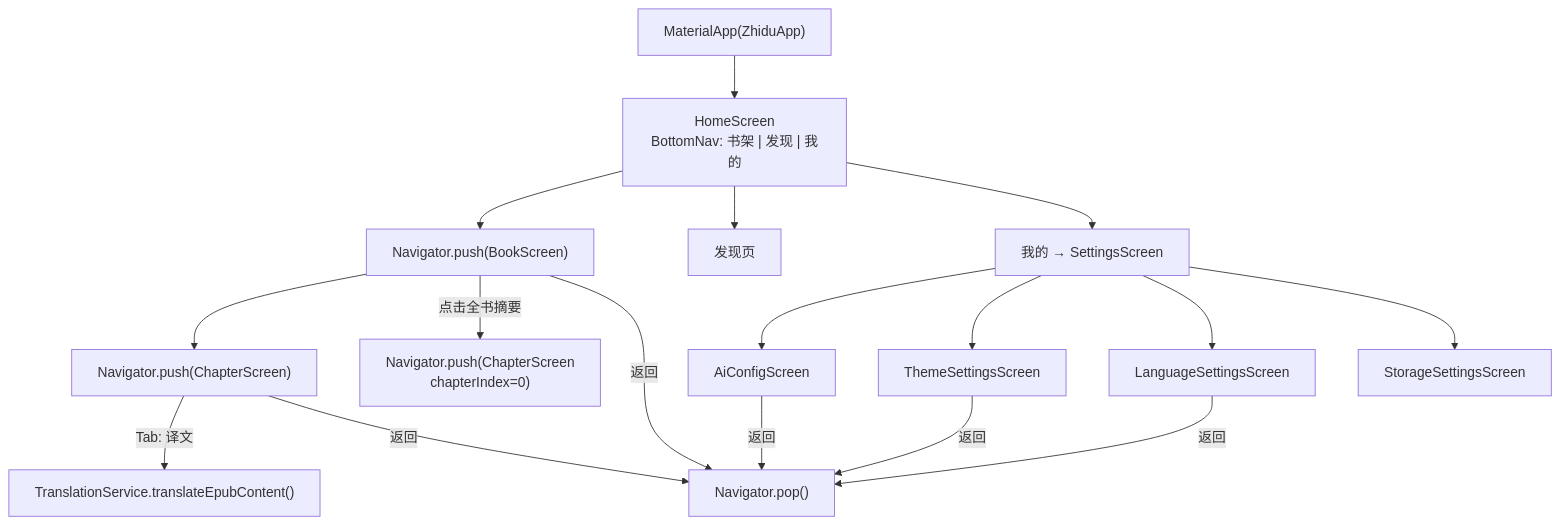
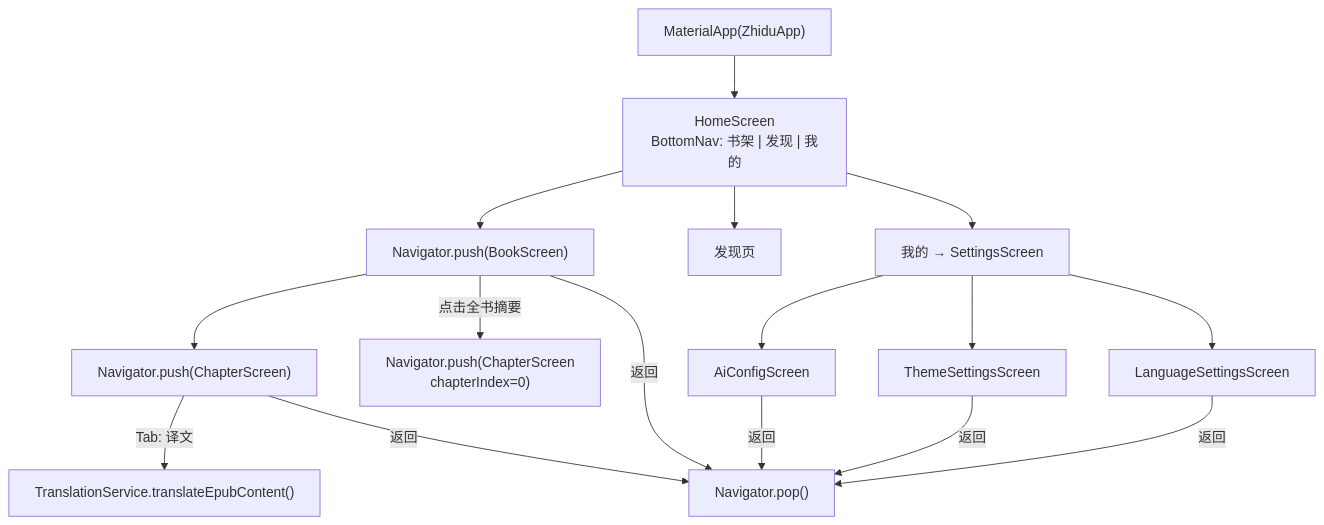
Before and after one commit to jjzhang2000/zhidu: the ninth of 11 diagrams in docs/function_call_relationships_visual.md, drawn with Mermaid. The commit also changed other lines of this file and 7 other files, not shown here.

````diff
--- a/docs/function_call_relationships_visual.md
+++ b/docs/function_call_relationships_visual.md
@@ -469,24 +464,23 @@
 ```mermaid
 flowchart TD
     APP["MaterialApp(ZhiduApp)"] --> HS["HomeScreen<br/>BottomNav: 书架 | 发现 | 我的"]
 
     HS --> BS_NAV["Navigator.push(BookScreen)"]
     HS --> DISC["发现页"]
     HS --> SET["我的 → SettingsScreen"]
 
     SET --> AIC["AiConfigScreen"]
     SET --> THS["ThemeSettingsScreen"]
     SET --> LAS["LanguageSettingsScreen"]
-    SET --> STO["StorageSettingsScreen"]
 
     BS_NAV --> CS_NAV["Navigator.push(ChapterScreen)"]
     BS_NAV --> |"点击全书摘要"| CS_FIRST["Navigator.push(ChapterScreen<br/>chapterIndex=0)"]
 
     CS_NAV --> |"Tab: 译文"| TRANS["TranslationService.translateEpubContent()"]
 
     CS_NAV --> |"返回"| POP["Navigator.pop()"]
     BS_NAV --> |"返回"| POP
     AIC --> |"返回"| POP
     THS --> |"返回"| POP
     LAS --> |"返回"| POP
 ```
````
